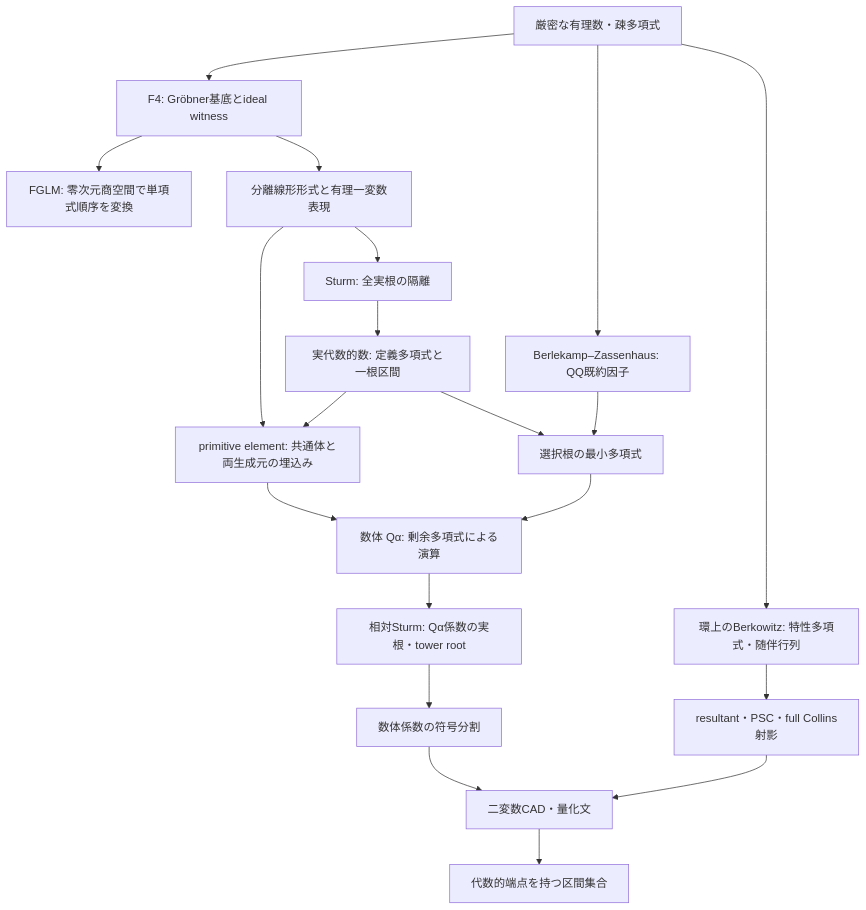
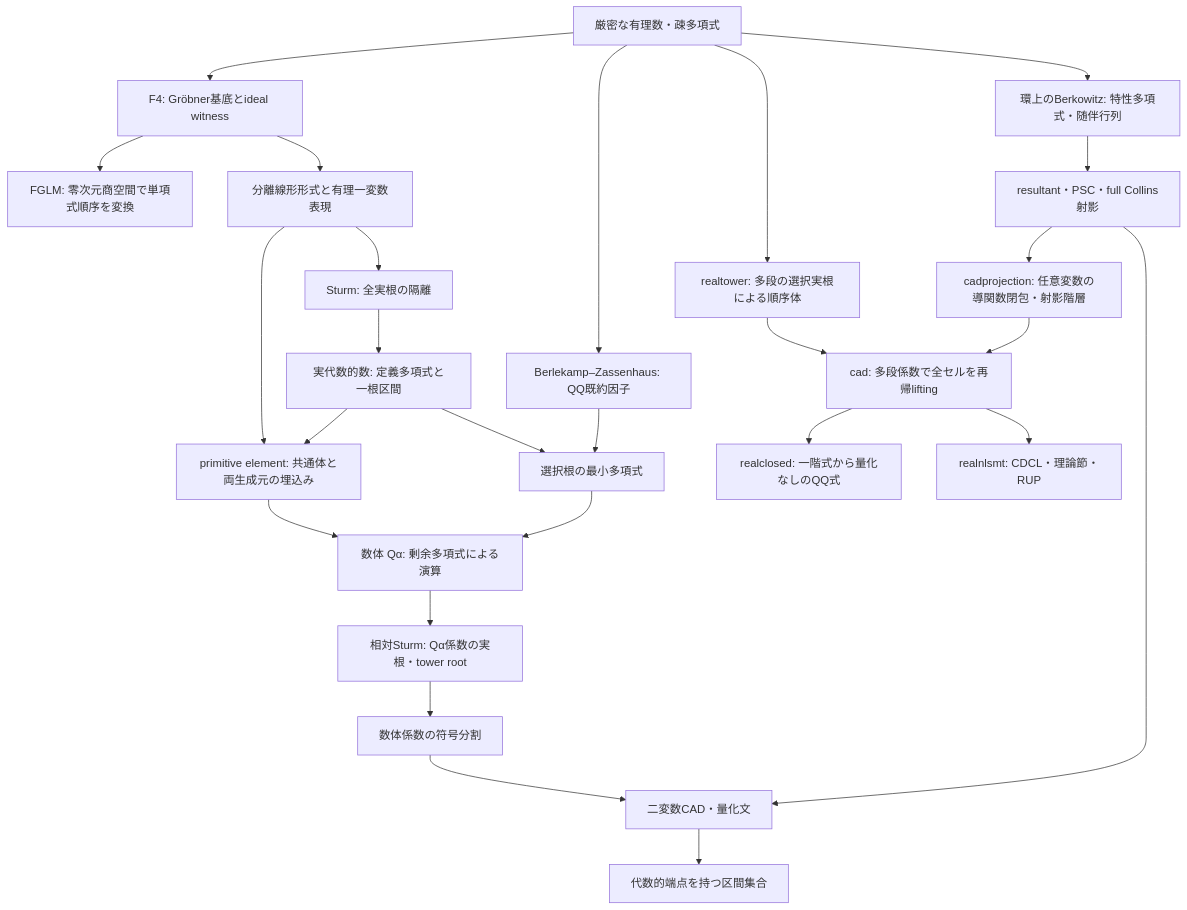
The diagram in docs/handbook/algebraic-solving.md (Hosi121/morph), drawn with Mermaid before and after one commit. The commit also changed other lines of this file and 15 other files, not shown here.

````diff
--- a/docs/handbook/algebraic-solving.md
+++ b/docs/handbook/algebraic-solving.md
@@ -12,22 +14,28 @@
 ```mermaid
 flowchart TD
   Q[厳密な有理数・疎多項式] --> F4[F4: Gröbner基底とideal witness]
   F4 --> FGLM[FGLM: 零次元商空間で単項式順序を変換]
   F4 --> RUR[分離線形形式と有理一変数表現]
   RUR --> ST[Sturm: 全実根の隔離]
   ST --> RA[実代数的数: 定義多項式と一根区間]
   Q --> Z[Berlekamp–Zassenhaus: QQ既約因子]
   Z --> MIN[選択根の最小多項式]
   RA --> MIN
   MIN --> K[数体 Qα: 剰余多項式による演算]
   RA --> C[primitive element: 共通体と両生成元の埋込み]
   RUR --> C
   C --> K
   K --> OS[相対Sturm: Qα係数の実根・tower root]
   OS --> RC[数体係数の符号分割]
   B --> E[resultant・PSC・full Collins射影]
   E --> CAD[二変数CAD・量化文]
   RC --> CAD
   CAD --> SET[代数的端点を持つ区間集合]
+  Q --> T[realtower: 多段の選択実根による順序体]
+  E --> CP[cadprojection: 任意変数の導関数閉包・射影階層]
+  CP --> GC[cad: 多段係数で全セルを再帰lifting]
+  T --> GC
+  GC --> QE[realclosed: 一階式から量化なしのQQ式]
+  GC --> SMT[realnlsmt: CDCL・理論節・RUP]
   Q --> B[環上のBerkowitz: 特性多項式・随伴行列]
 ```
````
